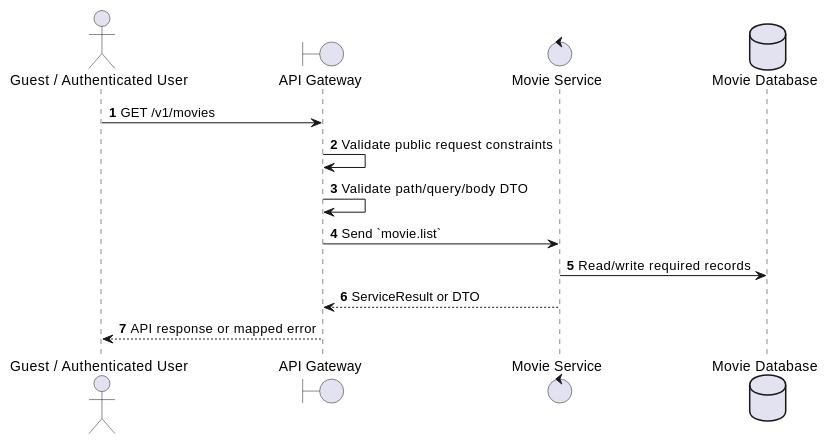
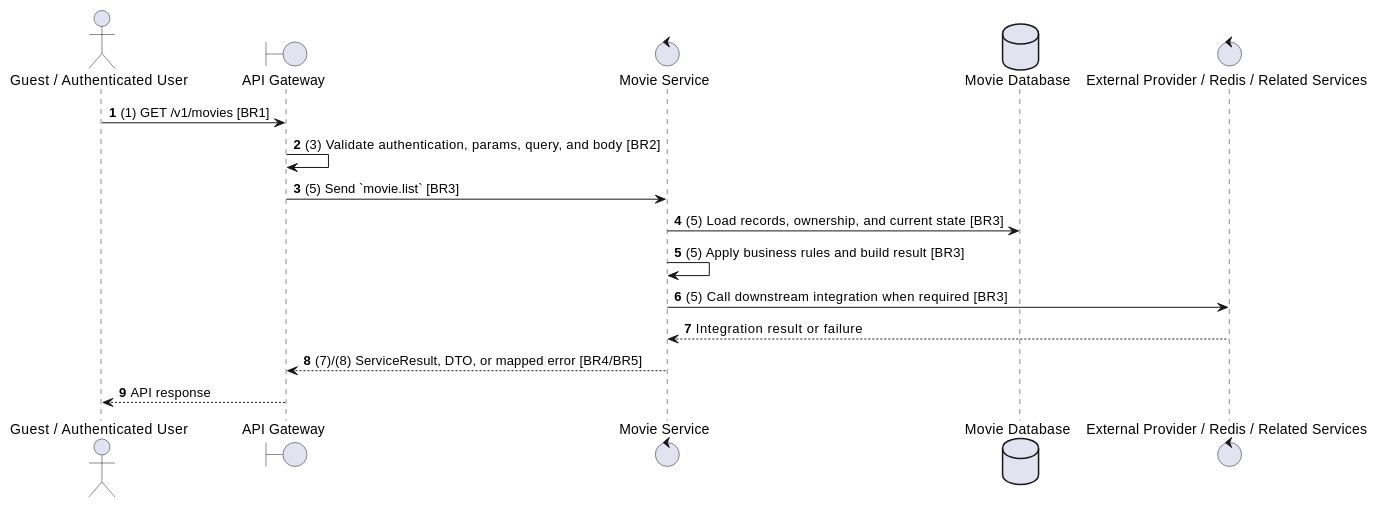
Before and after one commit to Tanh1603/movie-hub-architecture: the second of 2 diagrams in docs/functional_specs/3.3.1_Movie_Catalog/MV-01_List_Movies.md, drawn with PlantUML. The commit also changed other lines of this file and 129 other files, not shown here.

````diff
--- a/docs/functional_specs/3.3.1_Movie_Catalog/MV-01_List_Movies.md
+++ b/docs/functional_specs/3.3.1_Movie_Catalog/MV-01_List_Movies.md
@@ -17,17 +64,20 @@
 ```plantuml
 @startuml
 autonumber
 actor "Guest / Authenticated User" as Actor
 boundary "API Gateway" as GW
 control "Movie Service" as SVC
 database "Movie Database" as DB
+control "External Provider / Redis / Related Services" as EXT
 
-Actor -> GW: GET /v1/movies
-GW -> GW: Validate public request constraints
-GW -> GW: Validate path/query/body DTO
-GW -> SVC: Send `movie.list`
-SVC -> DB: Read/write required records
-SVC --> GW: ServiceResult or DTO
-GW --> Actor: API response or mapped error
+Actor -> GW: (1) GET /v1/movies [BR1]
+GW -> GW: (3) Validate authentication, params, query, and body [BR2]
+GW -> SVC: (5) Send `movie.list` [BR3]
+SVC -> DB: (5) Load records, ownership, and current state [BR3]
+SVC -> SVC: (5) Apply business rules and build result [BR3]
+SVC -> EXT: (5) Call downstream integration when required [BR3]
+EXT --> SVC: Integration result or failure
+SVC --> GW: (7)/(8) ServiceResult, DTO, or mapped error [BR4/BR5]
+GW --> Actor: API response
 @enduml
 ```
````
